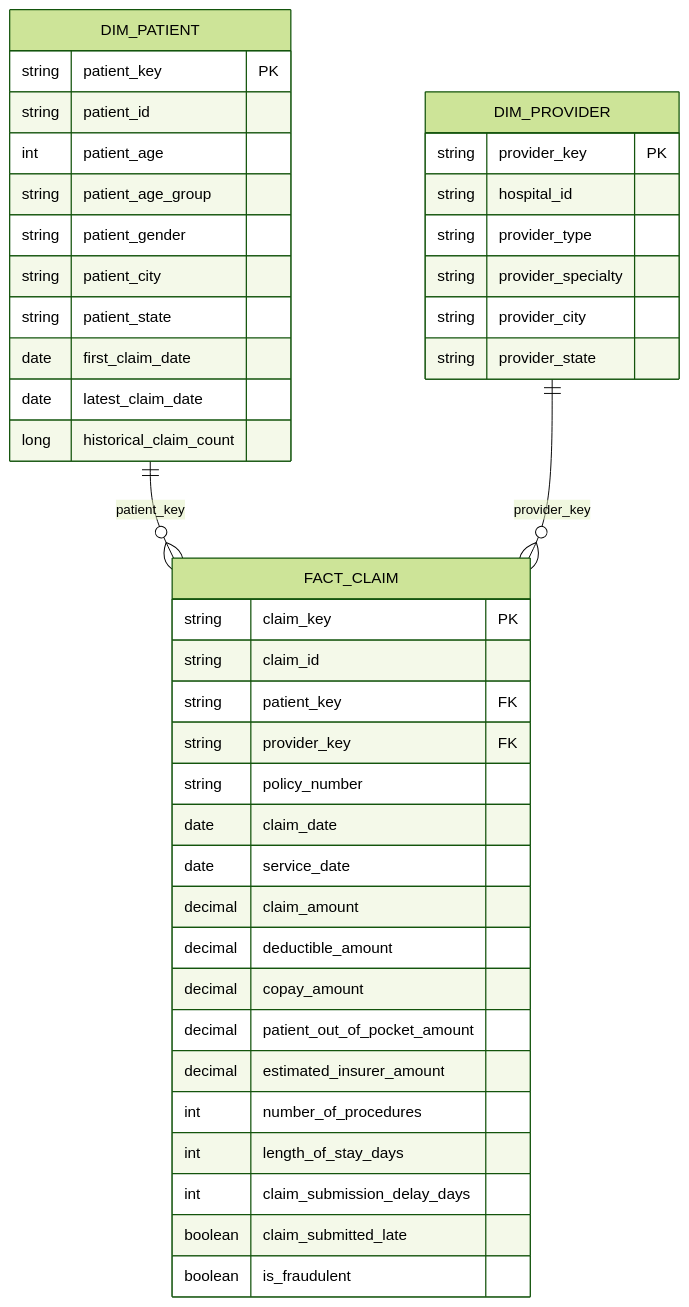
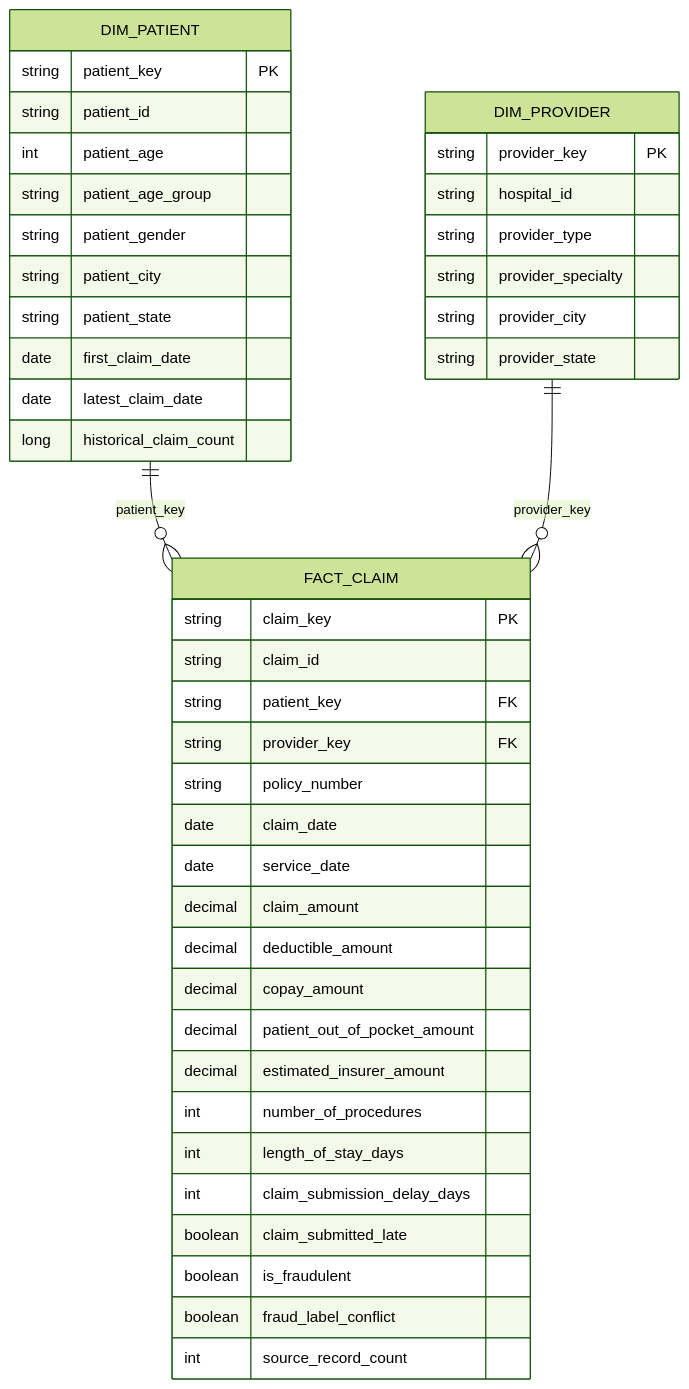
Before and after one commit to jprool/Khaoula-healthy-insuarance-project: the first of 5 diagrams in 09-docs/gold_data_model.md, drawn with Mermaid (forest theme). The commit also changed other lines of this file and 1 other file, not shown here.

````diff
--- a/09-docs/gold_data_model.md
+++ b/09-docs/gold_data_model.md
@@ -20,48 +20,50 @@
 ```mermaid
 erDiagram
 
     DIM_PATIENT ||--o{ FACT_CLAIM : "patient_key"
     DIM_PROVIDER ||--o{ FACT_CLAIM : "provider_key"
 
     DIM_PATIENT {
         string patient_key PK
         string patient_id
         int patient_age
         string patient_age_group
         string patient_gender
         string patient_city
         string patient_state
         date first_claim_date
         date latest_claim_date
         long historical_claim_count
     }
 
     DIM_PROVIDER {
         string provider_key PK
         string hospital_id
         string provider_type
         string provider_specialty
         string provider_city
         string provider_state
     }
 
     FACT_CLAIM {
         string claim_key PK
         string claim_id
         string patient_key FK
         string provider_key FK
         string policy_number
         date claim_date
         date service_date
         decimal claim_amount
         decimal deductible_amount
         decimal copay_amount
         decimal patient_out_of_pocket_amount
         decimal estimated_insurer_amount
         int number_of_procedures
         int length_of_stay_days
         int claim_submission_delay_days
         boolean claim_submitted_late
         boolean is_fraudulent
+        boolean fraud_label_conflict
+        int source_record_count
     }
 ```
````
